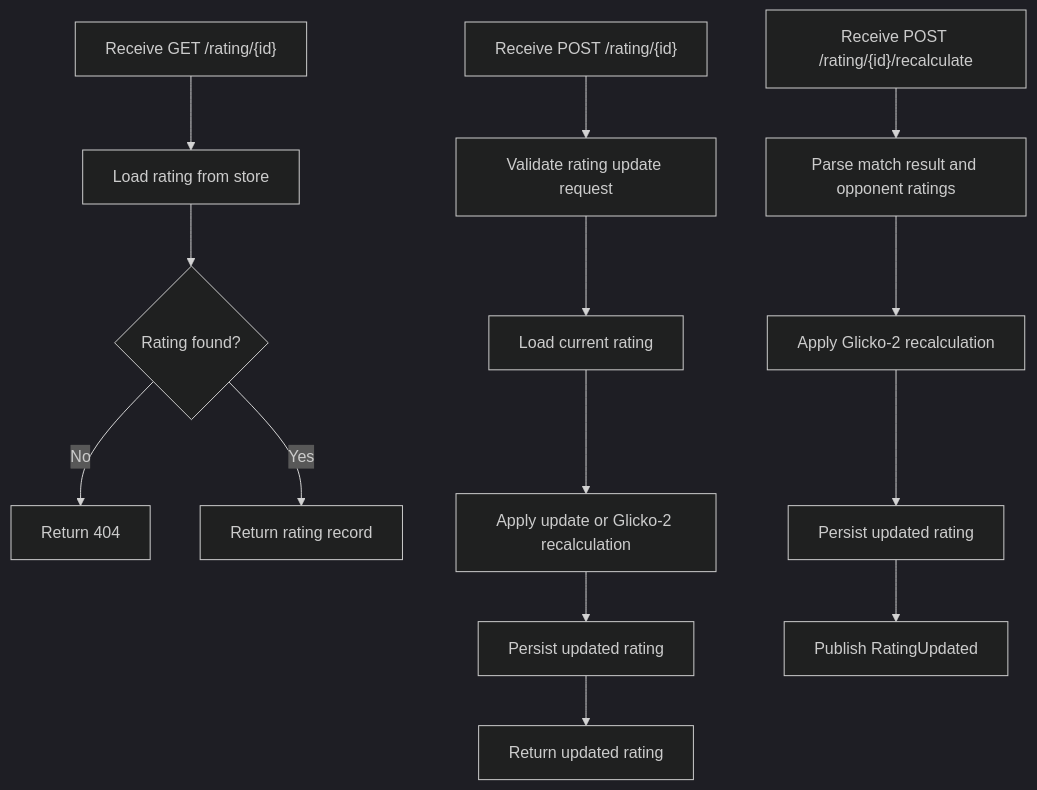
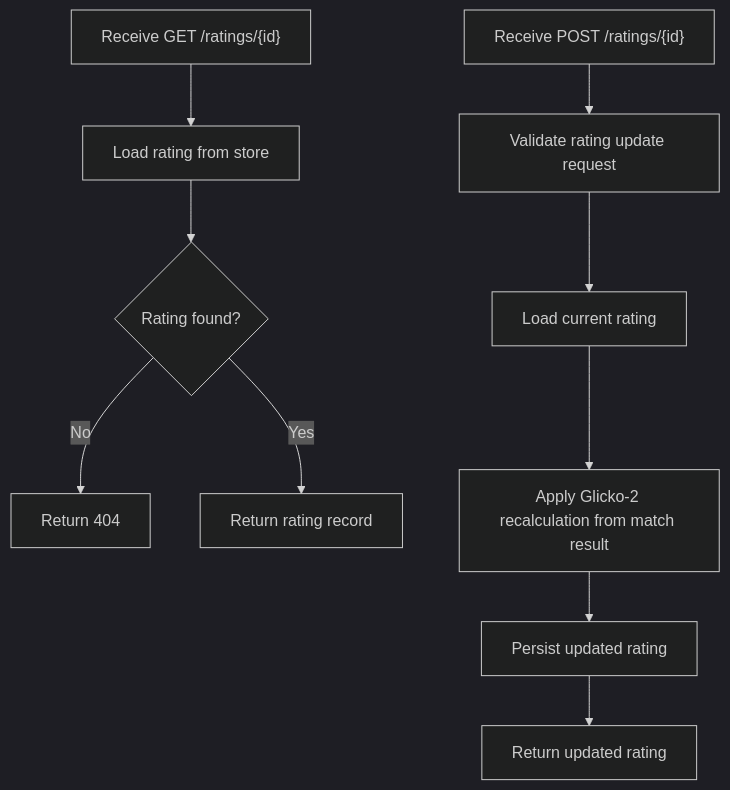
One commit to dpbL5/glicko2-matchmaking-system changed the seventh of 7 diagrams in docs/analysis-and-design.md. Above: the diagram before and after it, drawn with Mermaid (dark theme). The commit also changed other lines of this file, not shown here.

````diff
--- a/docs/analysis-and-design.md
+++ b/docs/analysis-and-design.md
@@ -385,16 +380,12 @@
 ```mermaid
 flowchart TD
-    A["Receive GET /rating/{id}"] --> B[Load rating from store]
+    A["Receive GET /ratings/{id}"] --> B[Load rating from store]
     B --> C{Rating found?}
     C -->|No| D[Return 404]
     C -->|Yes| E[Return rating record]
-    F["Receive POST /rating/{id}"] --> G[Validate rating update request]
+    F["Receive POST /ratings/{id}"] --> G[Validate rating update request]
     G --> H[Load current rating]
-    H --> I[Apply update or Glicko-2 recalculation]
+    H --> I[Apply Glicko-2 recalculation from match result]
     I --> J[Persist updated rating]
     J --> K[Return updated rating]
-    L["Receive POST /rating/{id}/recalculate"] --> M[Parse match result and opponent ratings]
-    M --> N[Apply Glicko-2 recalculation]
-    N --> O[Persist updated rating]
-    O --> P[Publish RatingUpdated]
 ```
````
